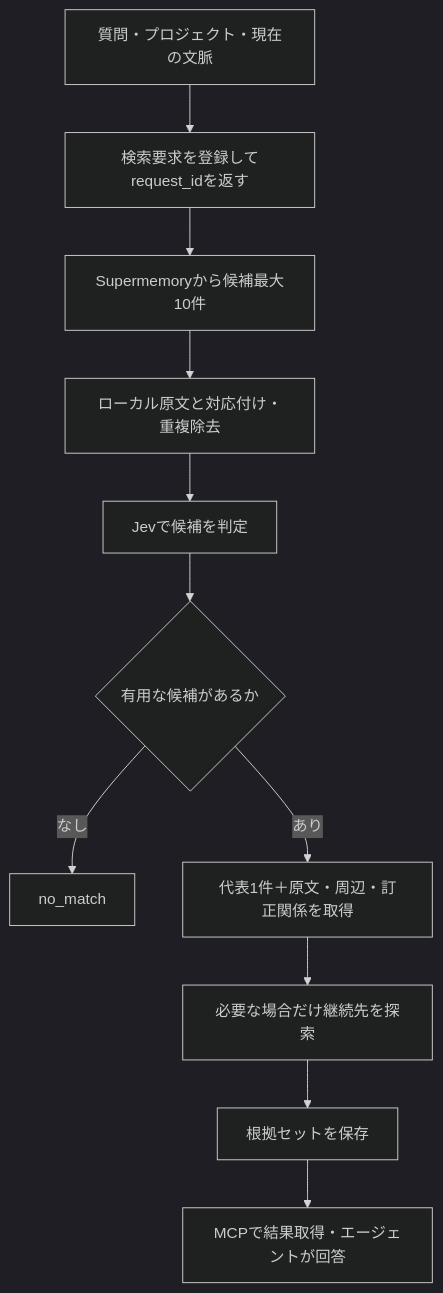
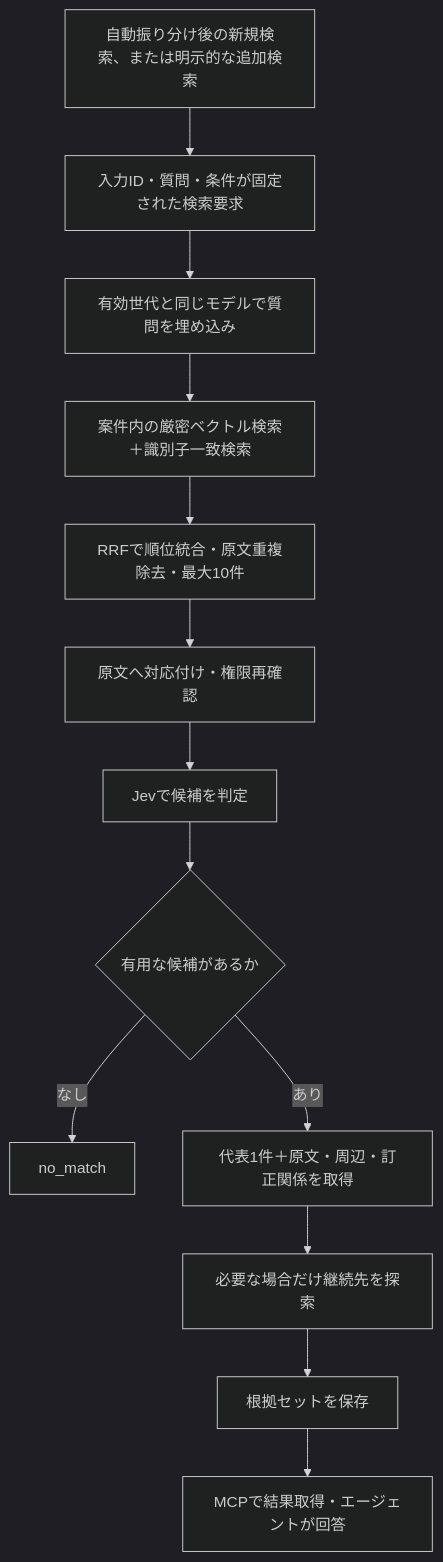
The fifth of 5 diagrams in development-conversation-memory-implementation-plan.md (k2-dev0/yori), drawn with Mermaid (dark theme) before and after one commit. The commit also changed other lines of this file, not shown here.

````diff
--- a/development-conversation-memory-implementation-plan.md
+++ b/development-conversation-memory-implementation-plan.md
@@ -354,13 +517,15 @@
 ```mermaid
 flowchart TD
-    Q["質問・プロジェクト・現在の文脈"] --> R["検索要求を登録してrequest_idを返す"]
-    R --> S["Supermemoryから候補最大10件"]
-    S --> L["ローカル原文と対応付け・重複除去"]
+    Q["自動振り分け後の新規検索、または明示的な追加検索"] --> R["入力ID・質問・条件が固定された検索要求"]
+    R --> V["有効世代と同じモデルで質問を埋め込み"]
+    V --> S["案件内の厳密ベクトル検索＋識別子一致検索"]
+    S --> F["RRFで順位統合・原文重複除去・最大10件"]
+    F --> L["原文へ対応付け・権限再確認"]
     L --> J["Jevで候補を判定"]
     J --> N{"有用な候補があるか"}
     N -- なし --> E["no_match"]
     N -- あり --> X["代表1件＋原文・周辺・訂正関係を取得"]
     X --> H["必要な場合だけ継続先を探索"]
     H --> O["根拠セットを保存"]
     O --> A["MCPで結果取得・エージェントが回答"]
 ```
````
